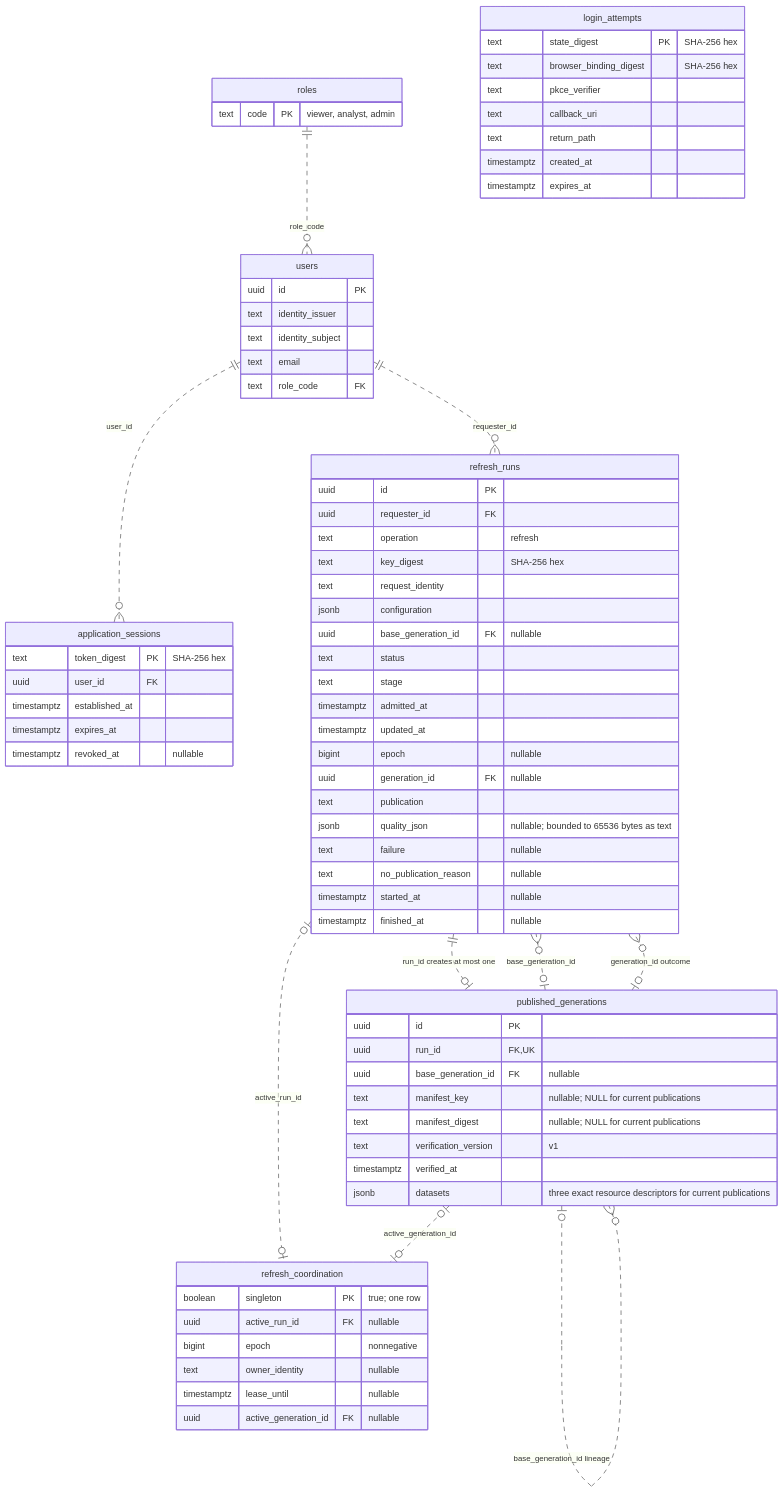
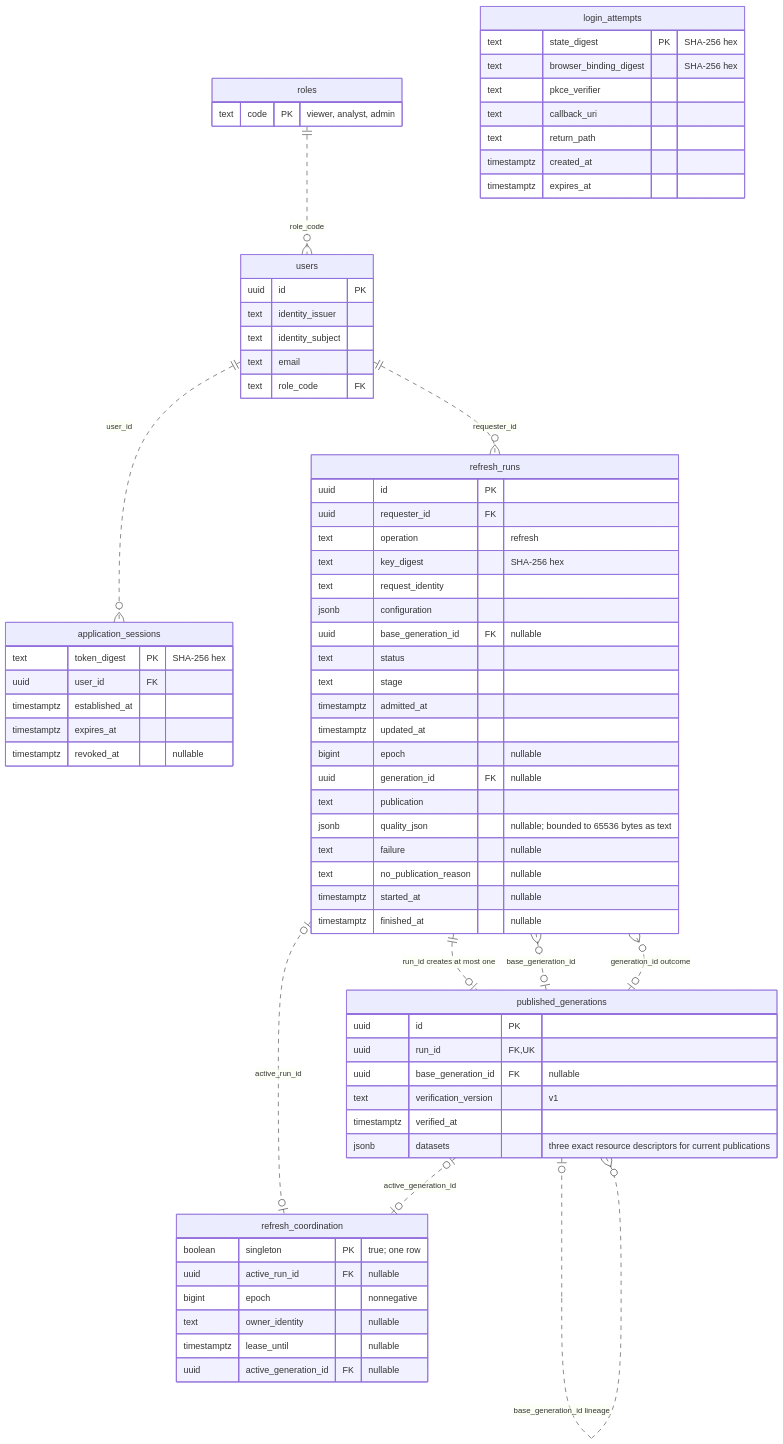
Before and after one commit to PedroEdu6786/outage-explorer: the second of 2 diagrams in docs/context/data-model.md, drawn with Mermaid. The commit also changed other lines of this file and 15 other files, not shown here.

````diff
--- a/docs/context/data-model.md
+++ b/docs/context/data-model.md
@@ -147,77 +145,75 @@
 ```mermaid
 erDiagram
     roles {
         text code PK "viewer, analyst, admin"
     }
     users {
         uuid id PK
         text identity_issuer
         text identity_subject
         text email
         text role_code FK
     }
     application_sessions {
         text token_digest PK "SHA-256 hex"
         uuid user_id FK
         timestamptz established_at
         timestamptz expires_at
         timestamptz revoked_at "nullable"
     }
     login_attempts {
         text state_digest PK "SHA-256 hex"
         text browser_binding_digest "SHA-256 hex"
         text pkce_verifier
         text callback_uri
         text return_path
         timestamptz created_at
         timestamptz expires_at
     }
     refresh_runs {
         uuid id PK
         uuid requester_id FK
         text operation "refresh"
         text key_digest "SHA-256 hex"
         text request_identity
         jsonb configuration
         uuid base_generation_id FK "nullable"
         text status
         text stage
         timestamptz admitted_at
         timestamptz updated_at
         bigint epoch "nullable"
         uuid generation_id FK "nullable"
         text publication
         jsonb quality_json "nullable; bounded to 65536 bytes as text"
         text failure "nullable"
         text no_publication_reason "nullable"
         timestamptz started_at "nullable"
         timestamptz finished_at "nullable"
     }
     published_generations {
         uuid id PK
         uuid run_id FK, UK
         uuid base_generation_id FK "nullable"
-        text manifest_key "nullable; NULL for current publications"
-        text manifest_digest "nullable; NULL for current publications"
         text verification_version "v1"
         timestamptz verified_at
         jsonb datasets "three exact resource descriptors for current publications"
     }
     refresh_coordination {
         boolean singleton PK "true; one row"
         uuid active_run_id FK "nullable"
         bigint epoch "nonnegative"
         text owner_identity "nullable"
         timestamptz lease_until "nullable"
         uuid active_generation_id FK "nullable"
     }
     roles ||..o{ users : "role_code"
     users ||..o{ application_sessions : "user_id"
     users ||..o{ refresh_runs : "requester_id"
     refresh_runs ||..o| published_generations : "run_id creates at most one"
     published_generations |o..o{ refresh_runs : "base_generation_id"
     published_generations |o..o{ refresh_runs : "generation_id outcome"
     published_generations |o..o{ published_generations : "base_generation_id lineage"
     refresh_runs |o..o| refresh_coordination : "active_run_id"
     published_generations |o..o| refresh_coordination : "active_generation_id"
 ```
````
